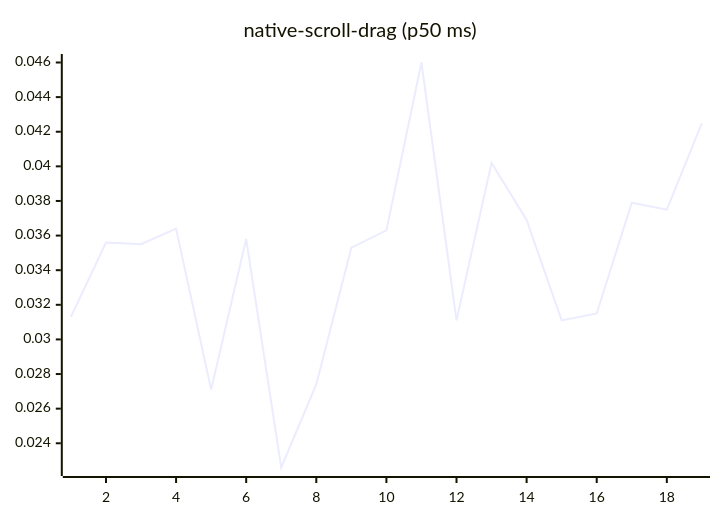
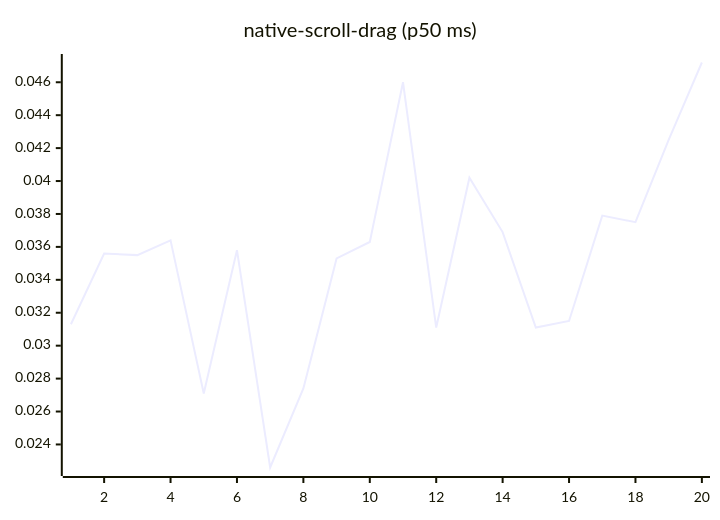
Diagram 14 of 27 in README.md (josha/Facet), drawn with Mermaid before and after one commit. The commit also changed other lines of this file and 2 other files, not shown here.

````diff
--- a/README.md
+++ b/README.md
@@ -154,6 +154,6 @@
 ```mermaid
 xychart-beta
     title "native-scroll-drag (p50 ms)"
-    x-axis 1 --> 19
-    line [0.0313, 0.0356, 0.0355, 0.0364, 0.0271, 0.0358, 0.0226, 0.0274, 0.0353, 0.0363, 0.0460, 0.0311, 0.0402, 0.0369, 0.0311, 0.0315, 0.0379, 0.0375, 0.0425]
+    x-axis 1 --> 20
+    line [0.0313, 0.0356, 0.0355, 0.0364, 0.0271, 0.0358, 0.0226, 0.0274, 0.0353, 0.0363, 0.0460, 0.0311, 0.0402, 0.0369, 0.0311, 0.0315, 0.0379, 0.0375, 0.0425, 0.0472]
 ```
````
